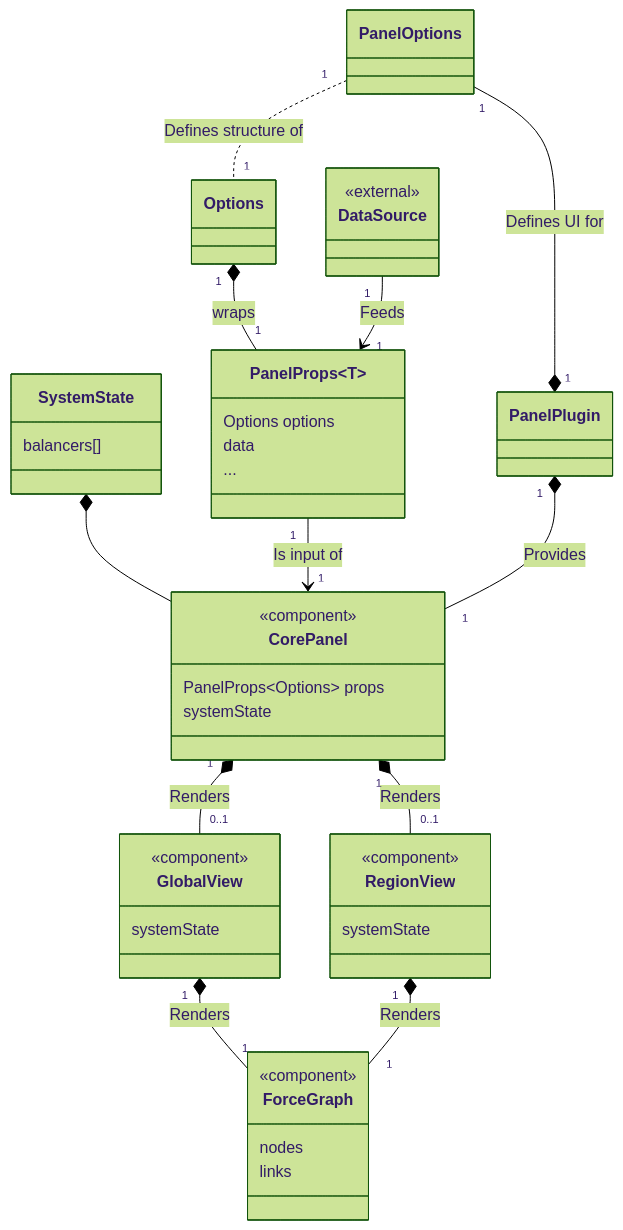
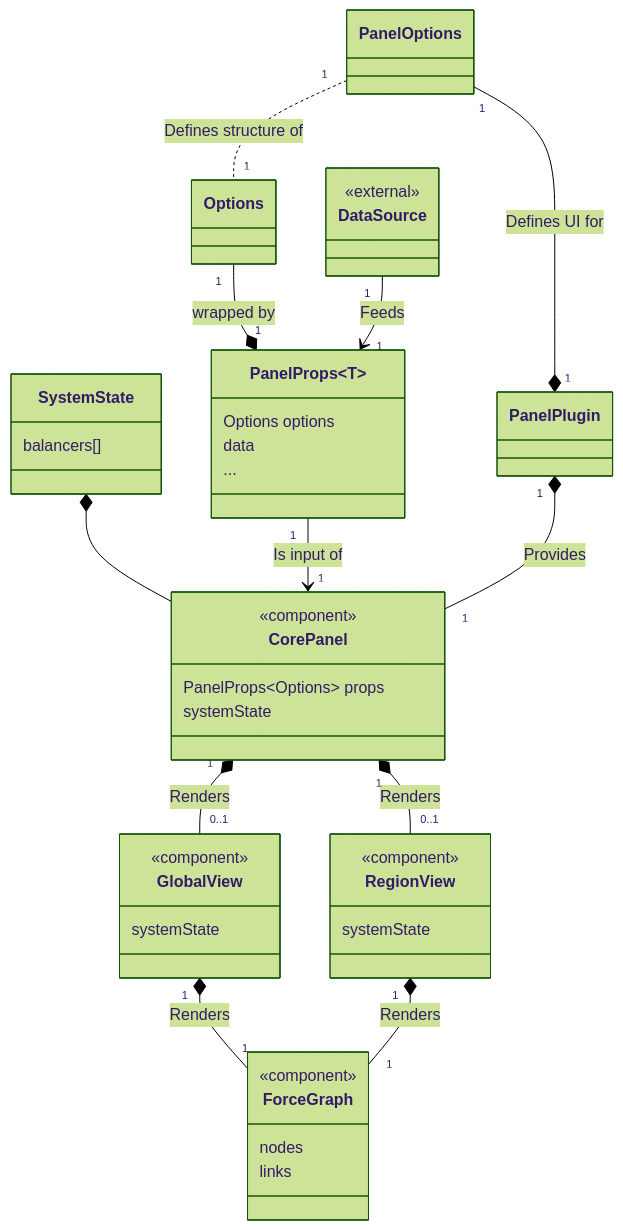
One commit to dyc3/senior-design changed the diagram in figures/vis/panel-internal-class.mmd. Above: the diagram before and after it, drawn with Mermaid (forest theme). The commit also changed 1 other file, not shown here.

Commit message:
update fig

```diff
--- a/figures/vis/panel-internal-class.mmd
+++ b/figures/vis/panel-internal-class.mmd
@@ -1,49 +1,49 @@
 classDiagram
     class PanelPlugin
     class PanelProps~T~ {
         Options options
         data
         ...
     }
     class CorePanel {
         <<component>>
         PanelProps~Options~ props
         systemState
     }
     class GlobalView {
         <<component>>
         systemState
     }
     class RegionView {
         <<component>>
         systemState
     }
     class DataSource {
         <<external>>
     }
     class ForceGraph {
         <<component>>
         nodes
         links
     }
     class SystemState {
         balancers[]
     }
 
     SystemState *-- CorePanel
     PanelOptions "1" --* "1" PanelPlugin : Defines UI for
     PanelOptions "1" .. "1" Options : Defines structure of
     PanelProps "1" --> "1" CorePanel : Is input of
-    Options "1" *-- "1" PanelProps : wraps
+    Options "1" --* "1" PanelProps : wrapped by
     DataSource "1" --> "1" PanelProps : Feeds
     PanelPlugin "1" *-- "1" CorePanel : Provides
     CorePanel "1" *-- "0..1" GlobalView : Renders
     CorePanel "1" *-- "0..1" RegionView : Renders
     GlobalView "1" *-- "1" ForceGraph : Renders
     RegionView "1" *-- "1" ForceGraph : Renders
 
     %% FIXME: not supported on mermaid 10.6, requires upgrading to 10.7
     %% style DataSource stroke:,stroke-dasharray:5 5
     %% style PanelProps stroke:,stroke-dasharray:5 5
     %% style PanelPlugin stroke:,stroke-dasharray:5 5
     %% style PanelOptions stroke:,stroke-dasharray:5 5
```
